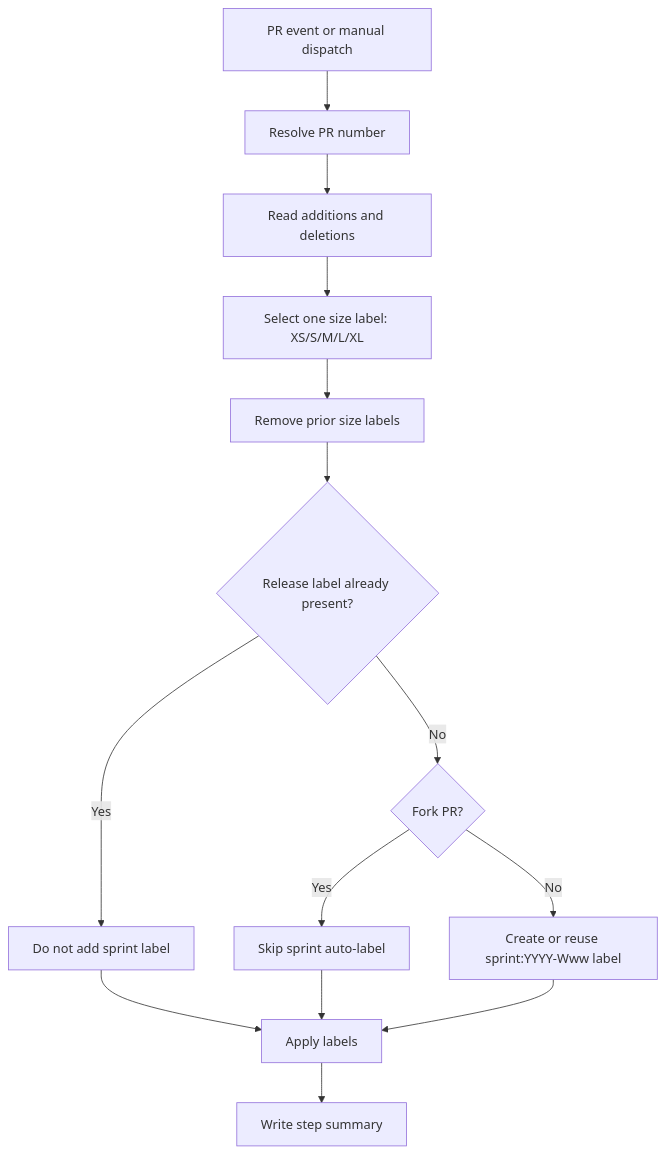
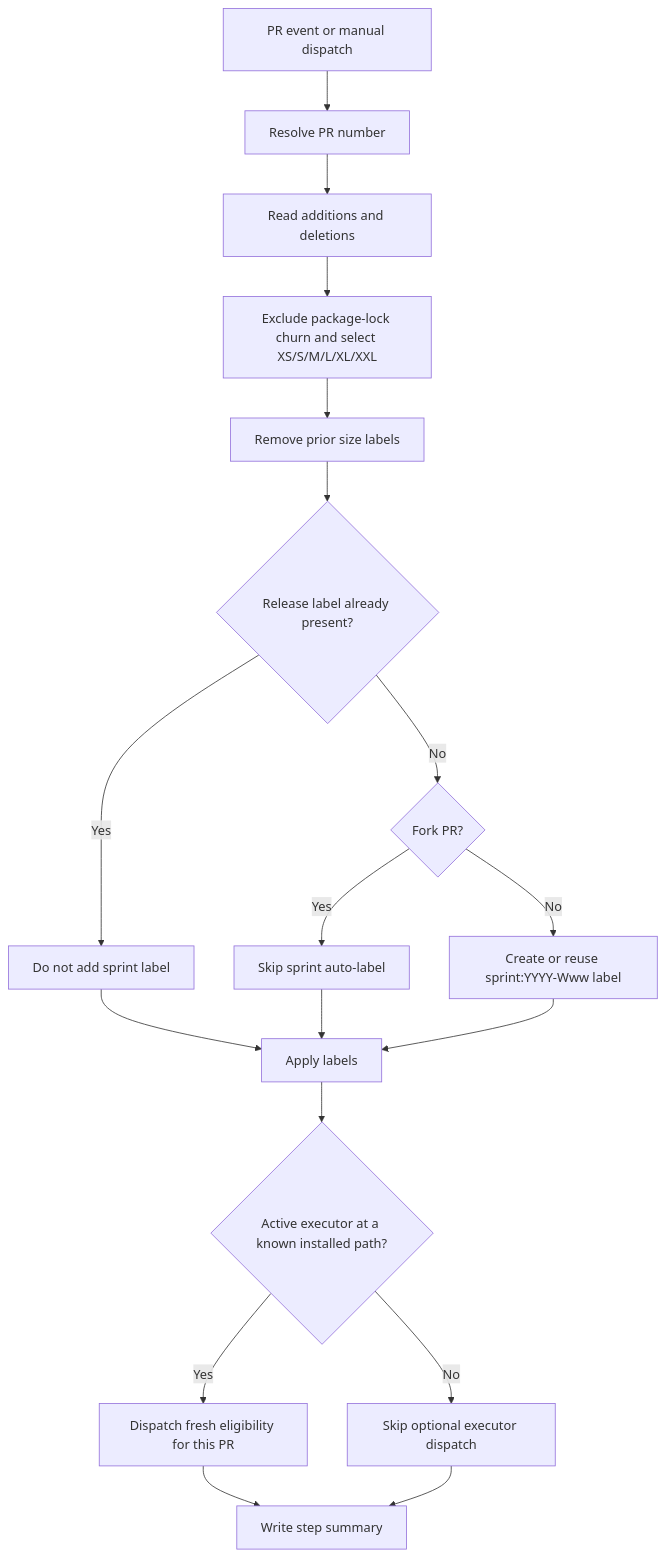
The diagram in docs/reference/workflows/pr-size-labeler.md (ivegamsft/basecoat), drawn with Mermaid before and after one commit. The commit also changed other lines of this file and 11 other files, not shown here.

First line of the commit message:
fix(distribution): install deterministic PR size label producer (#3739)

````diff
--- a/docs/reference/workflows/pr-size-labeler.md
+++ b/docs/reference/workflows/pr-size-labeler.md
@@ -18,16 +18,20 @@
 ```mermaid
 flowchart TD
   A[PR event or manual dispatch] --> B[Resolve PR number]
   B --> C[Read additions and deletions]
-  C --> D[Select one size label: XS/S/M/L/XL]
+  C --> D[Exclude package-lock churn and select XS/S/M/L/XL/XXL]
   D --> E[Remove prior size labels]
   E --> F{Release label already present?}
   F -->|Yes| G[Do not add sprint label]
   F -->|No| H{Fork PR?}
   H -->|Yes| I[Skip sprint auto-label]
   H -->|No| J[Create or reuse sprint:YYYY-Www label]
   G --> K[Apply labels]
   I --> K
   J --> K
-  K --> L[Write step summary]
+  K --> L{Active executor at a known installed path?}
+  L -->|Yes| M[Dispatch fresh eligibility for this PR]
+  L -->|No| N[Skip optional executor dispatch]
+  M --> O[Write step summary]
+  N --> O
 ```
````
